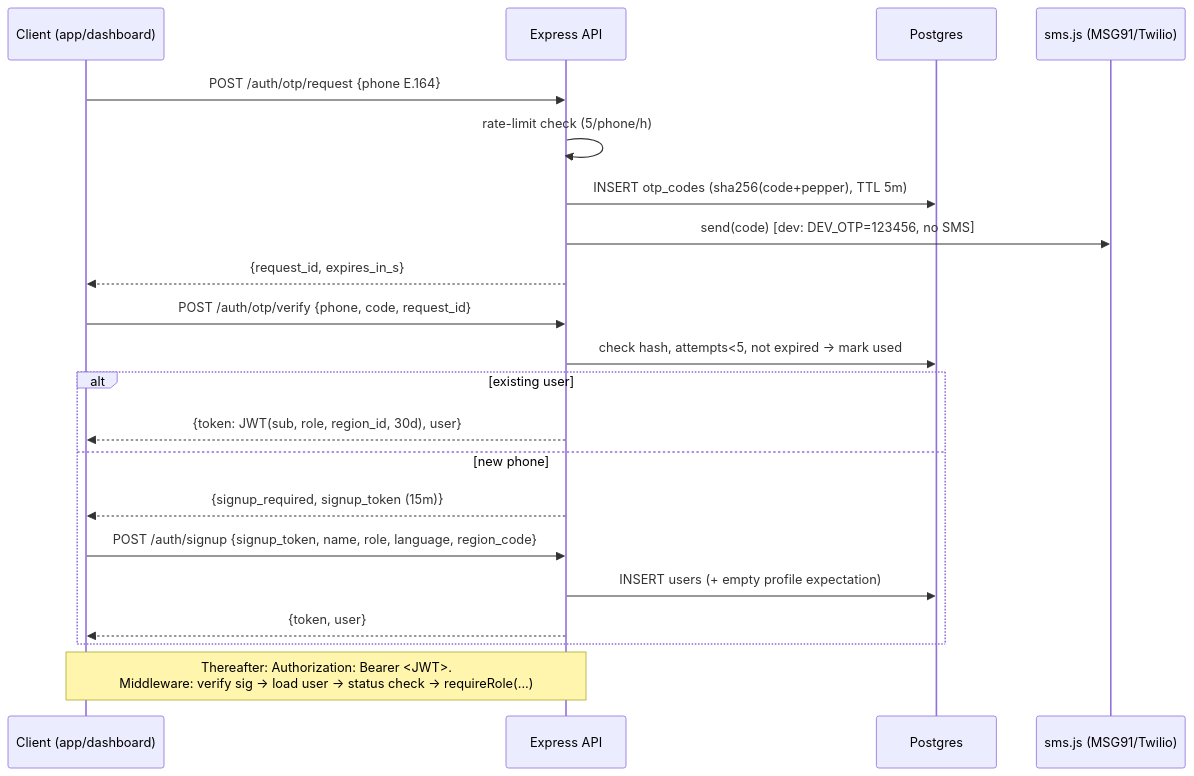
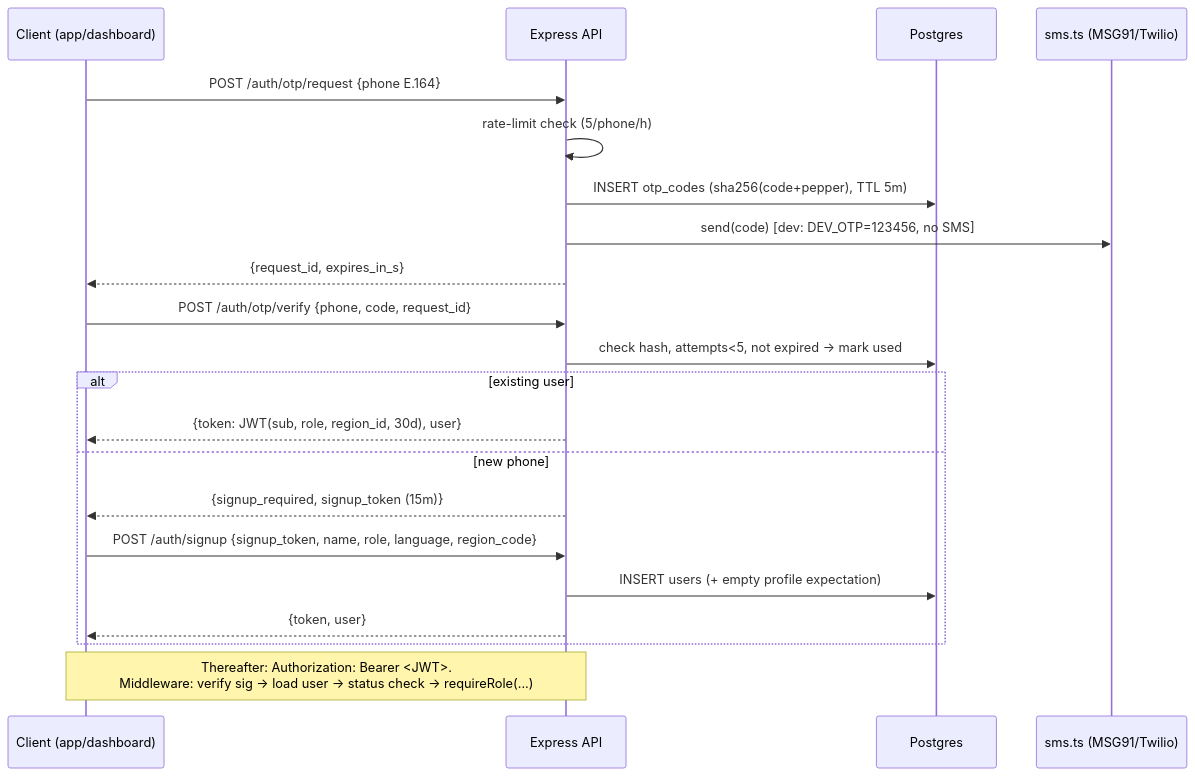
The third of 3 diagrams in 11-ARCHITECTURE.md (NextInnovation1/KishanSetu-Brain), drawn with Mermaid before and after one commit. The commit also changed other lines of this file and 23 other files, not shown here.

````diff
--- a/11-ARCHITECTURE.md
+++ b/11-ARCHITECTURE.md
@@ -101,24 +101,24 @@
 ```mermaid
 sequenceDiagram
   participant C as Client (app/dashboard)
   participant API as Express API
   participant DB as Postgres
-  participant SMS as sms.js (MSG91/Twilio)
+  participant SMS as sms.ts (MSG91/Twilio)
 
   C->>API: POST /auth/otp/request {phone E.164}
   API->>API: rate-limit check (5/phone/h)
   API->>DB: INSERT otp_codes (sha256(code+pepper), TTL 5m)
   API->>SMS: send(code)  [dev: DEV_OTP=123456, no SMS]
   API-->>C: {request_id, expires_in_s}
   C->>API: POST /auth/otp/verify {phone, code, request_id}
   API->>DB: check hash, attempts<5, not expired → mark used
   alt existing user
     API-->>C: {token: JWT(sub, role, region_id, 30d), user}
   else new phone
     API-->>C: {signup_required, signup_token (15m)}
     C->>API: POST /auth/signup {signup_token, name, role, language, region_code}
     API->>DB: INSERT users (+ empty profile expectation)
     API-->>C: {token, user}
   end
   Note over C,API: Thereafter: Authorization: Bearer <JWT>.<br/>Middleware: verify sig → load user → status check → requireRole(...)
 ```
````
